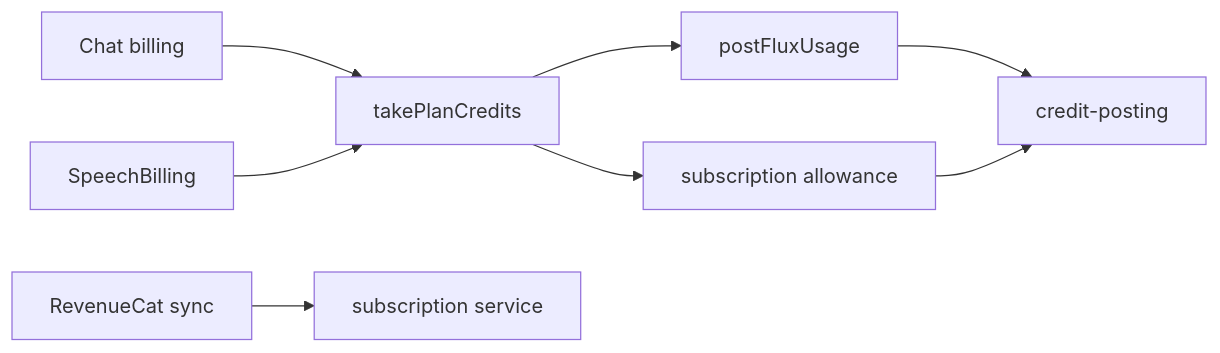
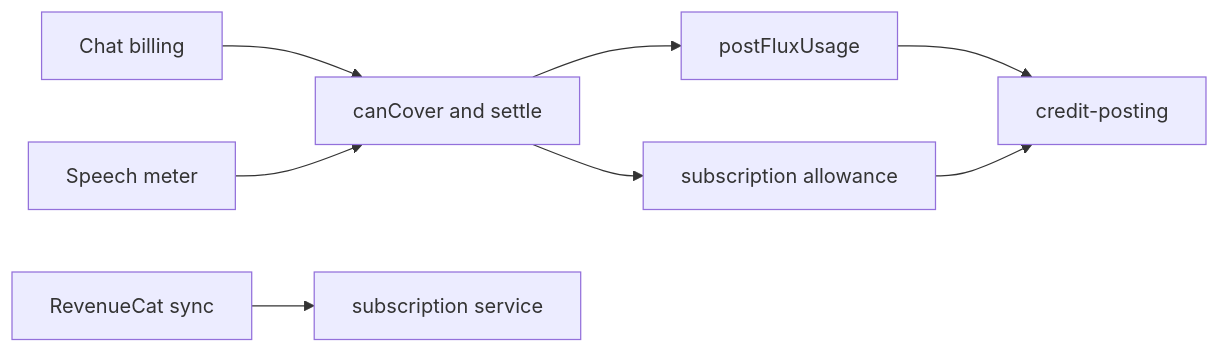
The first of 2 diagrams in server/docs/ai/adr/2026-10-04-subscription-credits.md (moeru-ai/airi), drawn with Mermaid before and after one commit. The commit also changed other lines of this file and 17 other files, not shown here.

````diff
--- a/server/docs/ai/adr/2026-10-04-subscription-credits.md
+++ b/server/docs/ai/adr/2026-10-04-subscription-credits.md
@@ -41,10 +43,10 @@
 ```mermaid
 flowchart LR
-  Chat[Chat billing] --> Settle[takePlanCredits]
-  Speech[SpeechBilling] --> Settle
+  Chat[Chat billing] --> Settle["canCover and settle"]
+  Speech[Speech meter] --> Settle
   Settle --> Plan[subscription allowance]
   Settle --> Wallet[postFluxUsage]
   Wallet --> Credits[credit-posting]
   Plan --> Credits
   Webhook[RevenueCat sync] --> Subs[subscription service]
 ```
````
